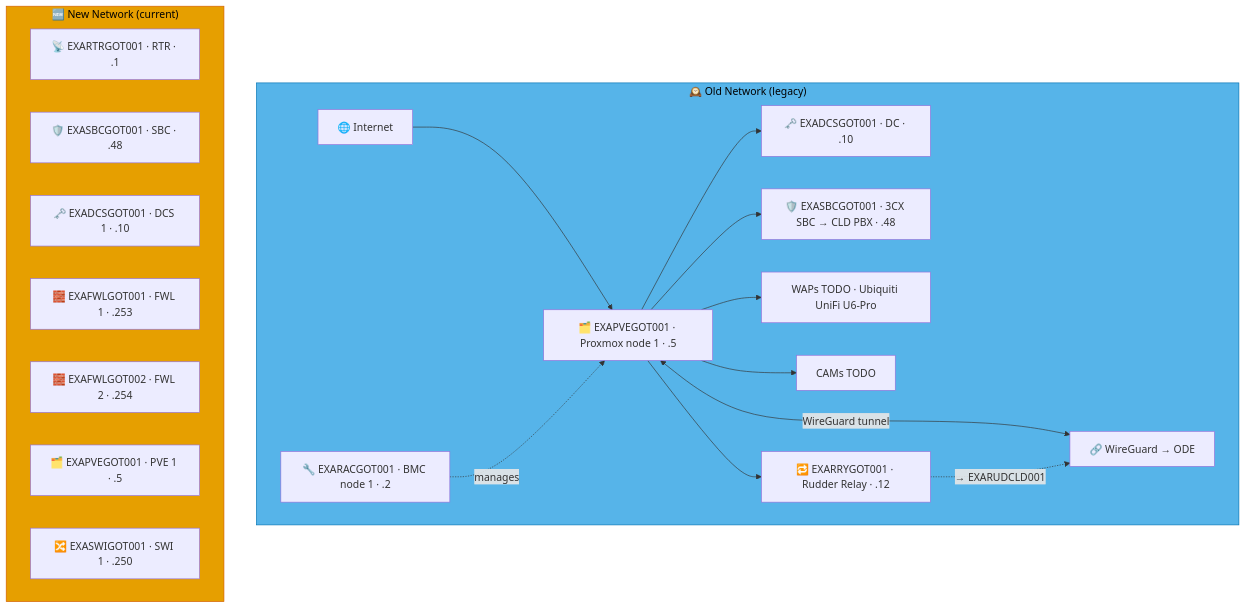
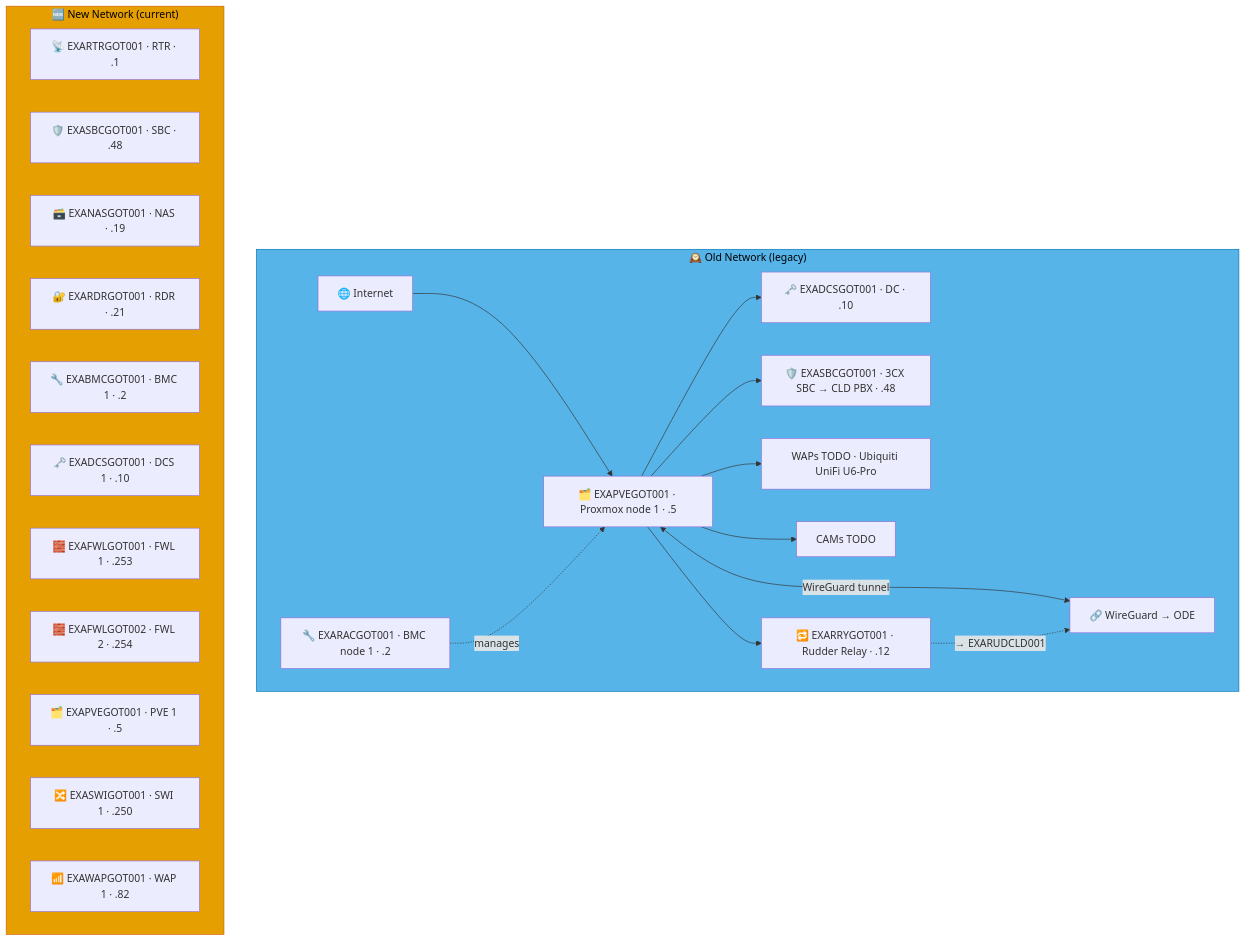
One commit to knightmare2600/example_music_infra changed the diagram in docs/network-diagram/sverige.md. Above: the diagram before and after it, drawn with Mermaid. The commit also changed 15 other files, not shown here.

````diff
--- a/docs/network-diagram/sverige.md
+++ b/docs/network-diagram/sverige.md
@@ -16,35 +16,39 @@
 ```mermaid
 graph TD
     subgraph OLD_GOT ["🕰️ Old Network (legacy)"]
       INET["🌐 Internet"]
       RAC["🔧 EXARACGOT001 · BMC node 1 · .2"]
       PVE["🗂️ EXAPVEGOT001 · Proxmox node 1 · .5"]
       DC["🗝️ EXADCSGOT001 · DC · .10"]
       SBC["🛡️ EXASBCGOT001 · 3CX SBC → CLD PBX · .48"]
       RRY["🔁 EXARRYGOT001 · Rudder Relay · .12"]
       WAP["WAPs TODO · Ubiquiti UniFi U6-Pro"]
       CAM["CAMs TODO"]
       VPN["🔗 WireGuard → ODE"]
 
       INET --> PVE --> DC & SBC
       RAC -.->|"manages"| PVE
       PVE --> WAP & CAM
       PVE <-->|"WireGuard tunnel"| VPN
 
       PVE --> RRY
       RRY -. "→ EXARUDCLD001" .-> VPN
     end
     style OLD_GOT fill:#56B4E9,stroke:#0072B2,color:#000000
     %% GENERATED:NEW-NETWORK:GOT:START
     subgraph NEW_GOT ["🆕 New Network (current)"]
       N_RTR["📡 EXARTRGOT001 · RTR · .1"]
       N_SBC["🛡️ EXASBCGOT001 · SBC · .48"]
+      N_NAS["🗃️ EXANASGOT001 · NAS · .19"]
+      N_RDR["🔐 EXARDRGOT001 · RDR · .21"]
+      N_BMC["🔧 EXABMCGOT001 · BMC 1 · .2"]
       N_DCS["🗝️ EXADCSGOT001 · DCS 1 · .10"]
       N_FWL["🧱 EXAFWLGOT001 · FWL 1 · .253"]
       N_FWL2["🧱 EXAFWLGOT002 · FWL 2 · .254"]
       N_PVE["🗂️ EXAPVEGOT001 · PVE 1 · .5"]
       N_SWI["🔀 EXASWIGOT001 · SWI 1 · .250"]
+      N_WAP["📶 EXAWAPGOT001 · WAP 1 · .82"]
     end
     style NEW_GOT fill:#E69F00,stroke:#D55E00,color:#000000
     %% GENERATED:NEW-NETWORK:GOT:END
 ```
````
